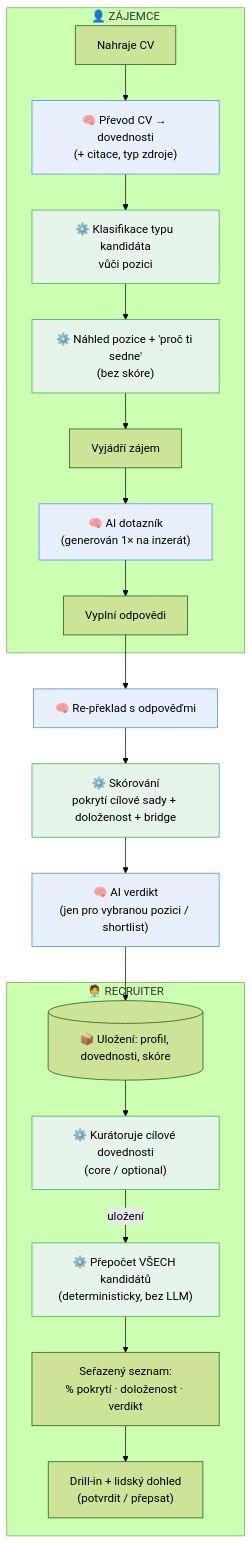
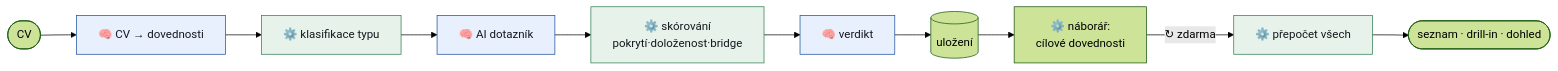
Before and after one commit to kuram39/cv-bau-students: the first of 2 diagrams in README.md, drawn with Mermaid (forest theme). The commit also changed other lines of this file, not shown here.

First line of the commit message:
docs: compact Czech README — horizontal overview diagram, tables for journeys, drop install section

````diff
--- a/README.md
+++ b/README.md
@@ -55,28 +55,9 @@
 ```mermaid
-flowchart TD
-    subgraph Z["👤 ZÁJEMCE"]
-        U[Nahraje CV] --> P["🧠 Převod CV → dovednosti<br/>(+ citace, typ zdroje)"]
-        P --> C["⚙️ Klasifikace typu kandidáta<br/>vůči pozici"]
-        C --> V["⚙️ Náhled pozice + 'proč ti sedne'<br/>(bez skóre)"]
-        V --> I[Vyjádří zájem]
-        I --> Q["🧠 AI dotazník<br/>(generován 1× na inzerát)"]
-        Q --> A[Vyplní odpovědi]
-    end
-
-    A --> R["🧠 Re-překlad s odpověďmi"]
-    R --> S["⚙️ Skórování<br/>pokrytí cílové sady + doloženost + bridge"]
-    S --> RE["🧠 AI verdikt<br/>(jen pro vybranou pozici / shortlist)"]
-    RE --> DB[("📦 Uložení: profil, dovednosti, skóre")]
-
-    subgraph N["🧑‍💼 RECRUITER"]
-        DB --> K["⚙️ Kurátoruje cílové dovednosti<br/>(core / optional)"]
-        K -->|uložení| RS["⚙️ Přepočet VŠECH kandidátů<br/>(deterministicky, bez LLM)"]
-        RS --> L["Seřazený seznam:<br/>% pokrytí · doloženost · verdikt"]
-        L --> D["Drill-in + lidský dohled<br/>(potvrdit / přepsat)"]
-    end
-
-    classDef llm fill:#e8f0fe,stroke:#4285f4;
-    classDef det fill:#e6f4ea,stroke:#34a853;
-    class P,Q,R,RE llm;
-    class C,V,S,K,RS det;
+flowchart LR
+    U([CV]) --> P["🧠 CV → dovednosti"] --> C["⚙️ klasifikace typu"] --> Q["🧠 AI dotazník"] --> S["⚙️ skórování<br/>pokrytí·doloženost·bridge"] --> RE["🧠 verdikt"] --> DB[("uložení")]
+    DB --> K["⚙️ náborář:<br/>cílové dovednosti"] -->|"↻ zdarma"| RS["⚙️ přepočet všech"] --> L(["seznam · drill-in · dohled"])
+    classDef llm fill:#e8f0fe,stroke:#1b4f9c,color:#14181f;
+    classDef det fill:#e7f3ea,stroke:#2f7d4f,color:#14181f;
+    class P,Q,RE llm;
+    class C,S,RS det;
 ```
````
